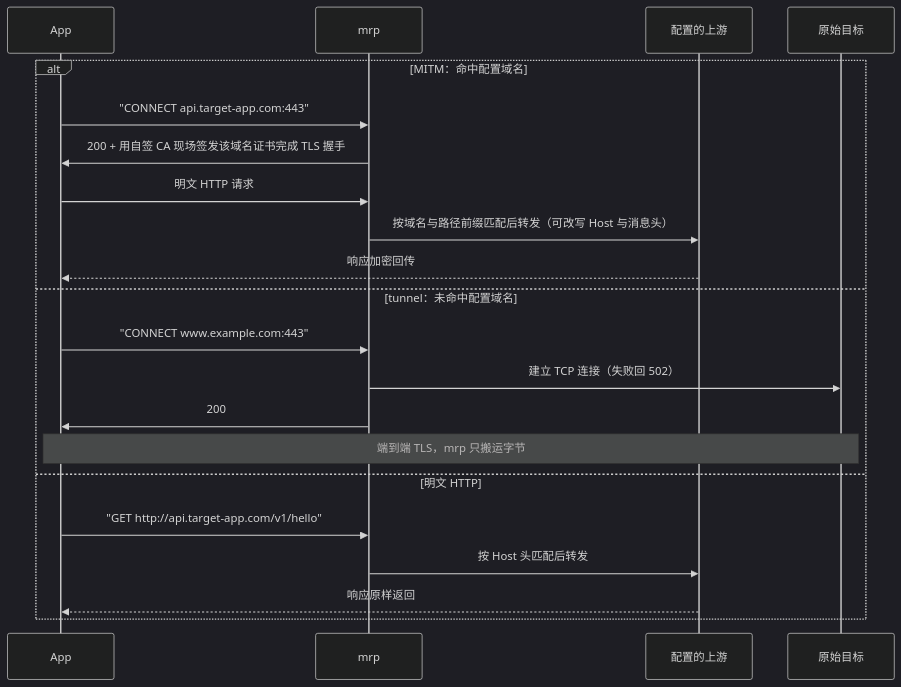
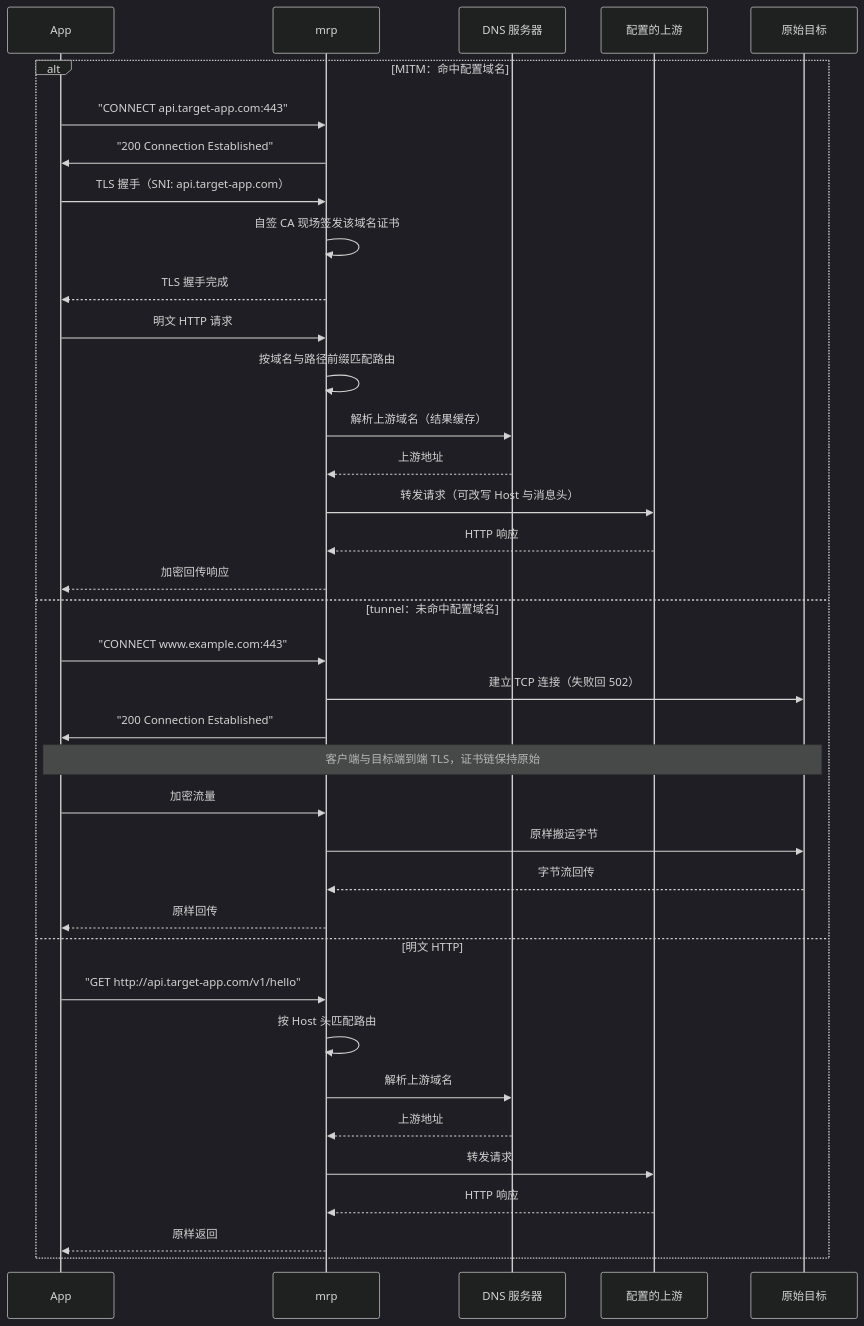
One commit to isunk/MyReverseProxy changed the diagram in README.md. Above: the diagram before and after it, drawn with Mermaid (dark theme). The commit also changed other lines of this file, not shown here.

````diff
--- a/README.md
+++ b/README.md
@@ -23,24 +24,40 @@
 ```mermaid
 sequenceDiagram
     participant App as App
     participant mrp as mrp
+    participant DNS as DNS 服务器
     participant Up as 配置的上游
     participant Tgt as 原始目标
 
     alt MITM：命中配置域名
         App->>mrp: "CONNECT api.target-app.com:443"
-        mrp->>App: 200 + 用自签 CA 现场签发该域名证书完成 TLS 握手
+        mrp->>App: "200 Connection Established"
+        App->>mrp: TLS 握手（SNI: api.target-app.com）
+        mrp->>mrp: 自签 CA 现场签发该域名证书
+        mrp-->>App: TLS 握手完成
         App->>mrp: 明文 HTTP 请求
-        mrp->>Up: 按域名与路径前缀匹配后转发（可改写 Host 与消息头）
-        Up-->>App: 响应加密回传
+        mrp->>mrp: 按域名与路径前缀匹配路由
+        mrp->>DNS: 解析上游域名（结果缓存）
+        DNS-->>mrp: 上游地址
+        mrp->>Up: 转发请求（可改写 Host 与消息头）
+        Up-->>mrp: HTTP 响应
+        mrp-->>App: 加密回传响应
     else tunnel：未命中配置域名
         App->>mrp: "CONNECT www.example.com:443"
         mrp->>Tgt: 建立 TCP 连接（失败回 502）
-        mrp->>App: 200
-        Note over App,Tgt: 端到端 TLS，mrp 只搬运字节
+        mrp->>App: "200 Connection Established"
+        Note over App,Tgt: 客户端与目标端到端 TLS，证书链保持原始
+        App->>mrp: 加密流量
+        mrp->>Tgt: 原样搬运字节
+        Tgt-->>mrp: 字节流回传
+        mrp-->>App: 原样回传
     else 明文 HTTP
         App->>mrp: "GET http://api.target-app.com/v1/hello"
-        mrp->>Up: 按 Host 头匹配后转发
-        Up-->>App: 响应原样返回
+        mrp->>mrp: 按 Host 头匹配路由
+        mrp->>DNS: 解析上游域名
+        DNS-->>mrp: 上游地址
+        mrp->>Up: 转发请求
+        Up-->>mrp: HTTP 响应
+        mrp-->>App: 原样返回
     end
 ```
````
